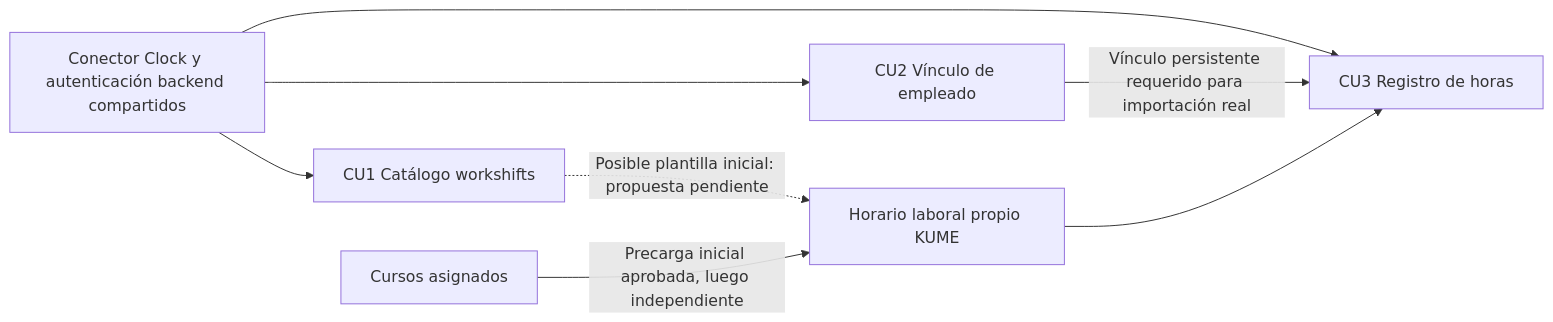
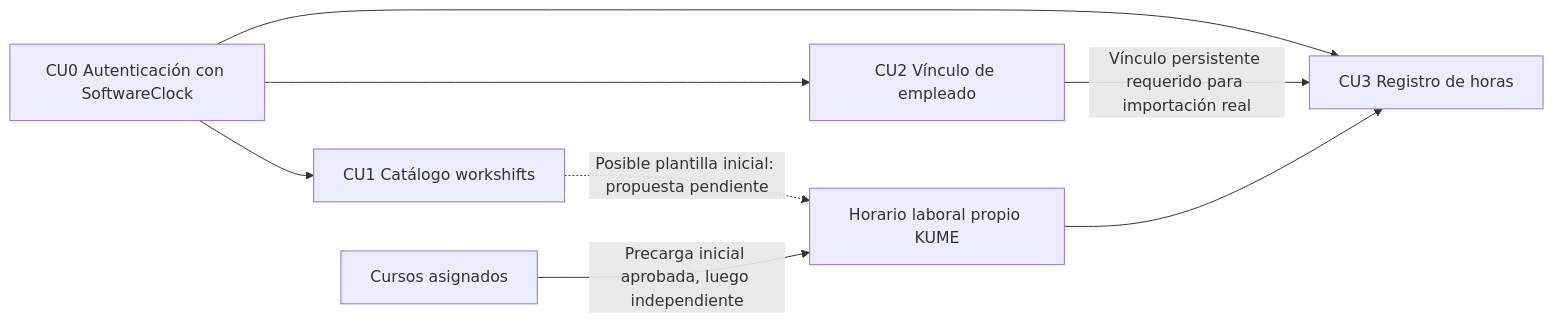
Before and after one commit to maxifarkuso/kume-admin-docs: the diagram in docs/functional/softwareclock/README.md, drawn with Mermaid. The commit also changed other lines of this file and 7 other files, not shown here.

Commit message:
docs(clock): especificar CU0 de autenticación compartida

````diff
--- a/docs/functional/softwareclock/README.md
+++ b/docs/functional/softwareclock/README.md
@@ -15,10 +16,10 @@
 ```mermaid
 flowchart LR
-    AUTH[Conector Clock y autenticación backend compartidos] --> CU1[CU1 Catálogo workshifts]
+    AUTH[CU0 Autenticación con SoftwareClock] --> CU1[CU1 Catálogo workshifts]
     AUTH --> CU2[CU2 Vínculo de empleado]
     AUTH --> CU3[CU3 Registro de horas]
     CU2 -->|Vínculo persistente requerido para importación real| CU3
     CU1 -.->|Posible plantilla inicial: propuesta pendiente| LOCAL[Horario laboral propio KUME]
     COURSES[Cursos asignados] -->|Precarga inicial aprobada, luego independiente| LOCAL
     LOCAL --> CU3
 ```
````
